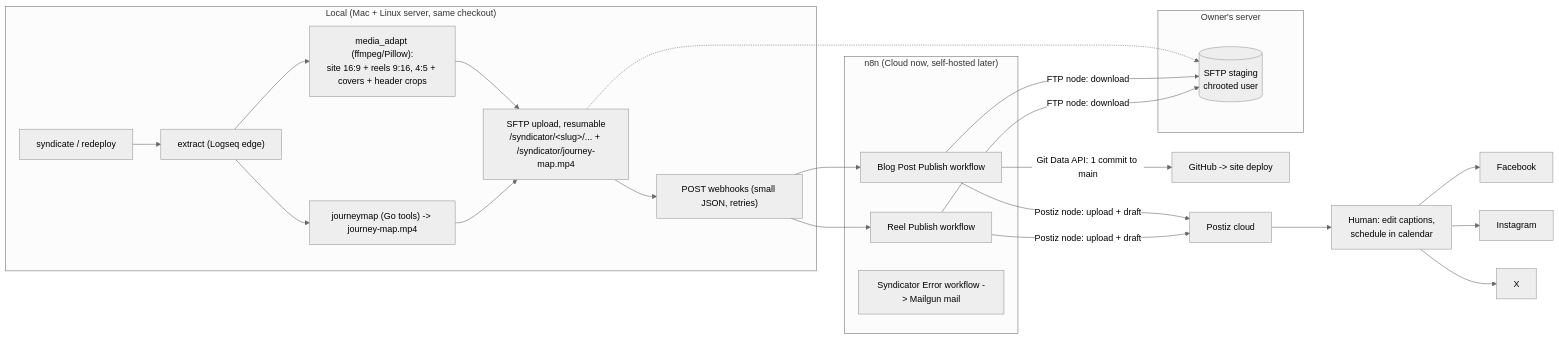
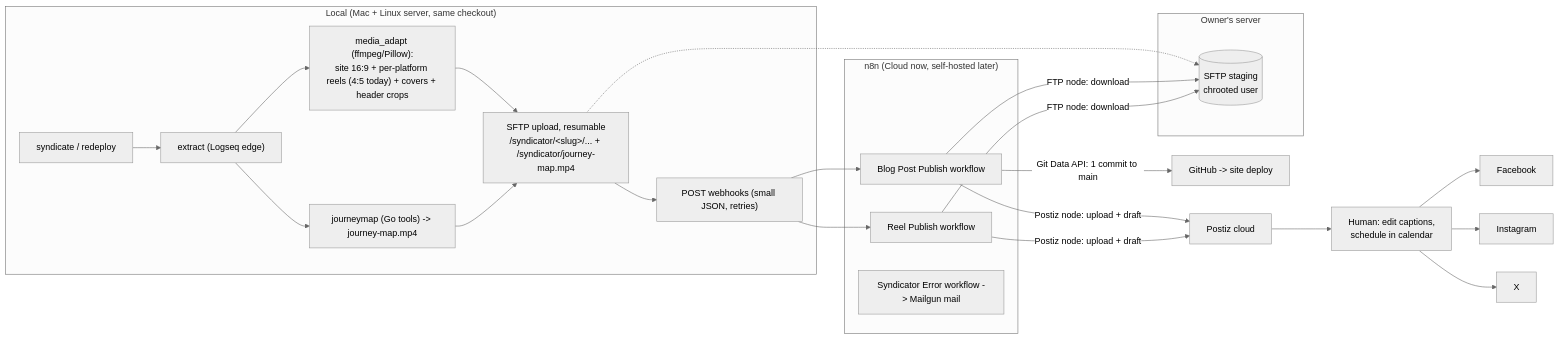
Before and after one commit to bbaumgartner/syndicator: the diagram in docs/n8n-migration.md, drawn with Mermaid (neutral theme). The commit also changed other lines of this file, not shown here.

````diff
--- a/docs/n8n-migration.md
+++ b/docs/n8n-migration.md
@@ -61,25 +61,25 @@
 ```mermaid
 flowchart LR
     subgraph Local["Local (Mac + Linux server, same checkout)"]
         M["syndicate / redeploy"] --> X["extract (Logseq edge)"]
-        X --> A["media_adapt (ffmpeg/Pillow):\nsite 16:9 + reels 9:16, 4:5 + covers + header crops"]
+        X --> A["media_adapt (ffmpeg/Pillow):\nsite 16:9 + per-platform reels (4:5 today) + covers + header crops"]
         X --> J["journeymap (Go tools) -> journey-map.mp4"]
         A & J --> U["SFTP upload, resumable\n/syndicator/&lt;slug&gt;/... + /syndicator/journey-map.mp4"]
         U --> W["POST webhooks (small JSON, retries)"]
     end
     subgraph Server["Owner's server"]
         S[("SFTP staging\nchrooted user")]
     end
     subgraph n8n["n8n (Cloud now, self-hosted later)"]
         WF1["Blog Post Publish workflow"]
         WF2["Reel Publish workflow"]
         WFE["Syndicator Error workflow -> Mailgun mail"]
     end
     U -.-> S
     W --> WF1 & WF2
     WF1 & WF2 -->|"FTP node: download"| S
     WF1 -->|"Git Data API: 1 commit to main"| GH["GitHub -> site deploy"]
     WF1 & WF2 -->|"Postiz node: upload + draft"| PZ["Postiz cloud"]
     PZ --> H["Human: edit captions,\nschedule in calendar"]
     H --> FB["Facebook"] & IG["Instagram"] & XP["X"]
 ```
````
